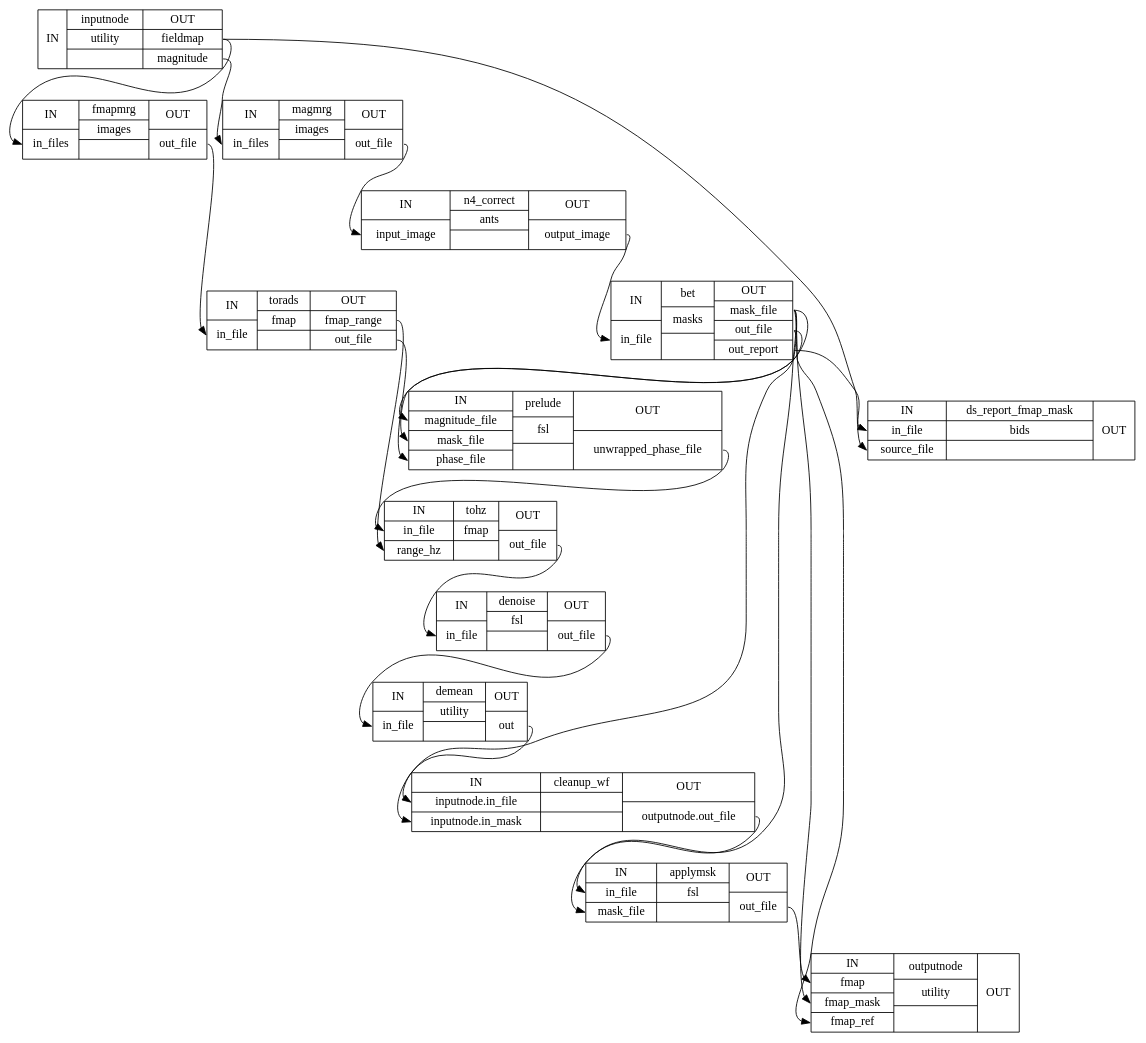
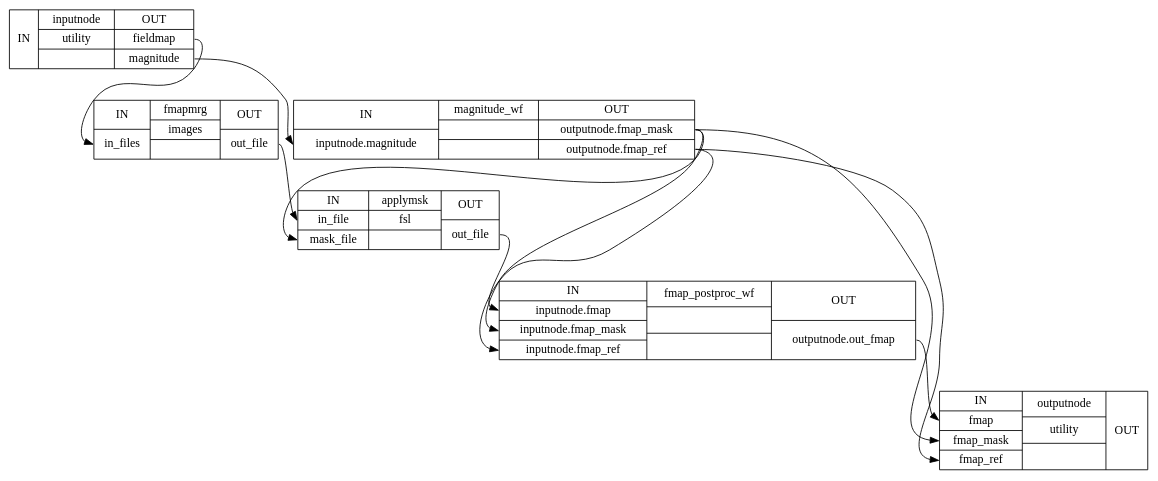
The diagram in wf_directive/api/fmap_wf/sdcflows-workflows-fmap-1_detailed.dot (wayne009007/sdcflows), drawn with Graphviz before and after one commit. The commit also changed 259 other files, not shown here.

```diff
--- a/wf_directive/api/fmap_wf/sdcflows-workflows-fmap-1_detailed.dot
+++ b/wf_directive/api/fmap_wf/sdcflows-workflows-fmap-1_detailed.dot
@@ -1,38 +1,19 @@
 digraph structs {
 node [shape=record];
 fmap_wfinputnode [label="{IN}|{ inputnode | utility |  }|{OUT|<outfieldmap> fieldmap|<outmagnitude> magnitude}"];
 fmap_wffmapmrg [label="{IN|<ininfiles> in_files}|{ fmapmrg | images |  }|{OUT|<outoutfile> out_file}"];
-fmap_wftorads [label="{IN|<ininfile> in_file}|{ torads | fmap |  }|{OUT|<outfmaprange> fmap_range|<outoutfile> out_file}"];
-fmap_wfmagmrg [label="{IN|<ininfiles> in_files}|{ magmrg | images |  }|{OUT|<outoutfile> out_file}"];
-fmap_wfn4_correct [label="{IN|<ininputimage> input_image}|{ n4_correct | ants |  }|{OUT|<outoutputimage> output_image}"];
-fmap_wfbet [label="{IN|<ininfile> in_file}|{ bet | masks |  }|{OUT|<outmaskfile> mask_file|<outoutfile> out_file|<outoutreport> out_report}"];
-fmap_wfprelude [label="{IN|<inmagnitudefile> magnitude_file|<inmaskfile> mask_file|<inphasefile> phase_file}|{ prelude | fsl |  }|{OUT|<outunwrappedphasefile> unwrapped_phase_file}"];
-fmap_wftohz [label="{IN|<ininfile> in_file|<inrangehz> range_hz}|{ tohz | fmap |  }|{OUT|<outoutfile> out_file}"];
-fmap_wfdenoise [label="{IN|<ininfile> in_file}|{ denoise | fsl |  }|{OUT|<outoutfile> out_file}"];
-fmap_wfdemean [label="{IN|<ininfile> in_file}|{ demean | utility |  }|{OUT|<outout> out}"];
-fmap_wfcleanup_wf [label="{IN|<ininputnodeinfile> inputnode.in_file|<ininputnodeinmask> inputnode.in_mask}|{ cleanup_wf |  |  }|{OUT|<outoutputnodeoutfile> outputnode.out_file}"];
+fmap_wfmagnitude_wf [label="{IN|<ininputnodemagnitude> inputnode.magnitude}|{ magnitude_wf |  |  }|{OUT|<outoutputnodefmapmask> outputnode.fmap_mask|<outoutputnodefmapref> outputnode.fmap_ref}"];
 fmap_wfapplymsk [label="{IN|<ininfile> in_file|<inmaskfile> mask_file}|{ applymsk | fsl |  }|{OUT|<outoutfile> out_file}"];
+fmap_wffmap_postproc_wf [label="{IN|<ininputnodefmap> inputnode.fmap|<ininputnodefmapmask> inputnode.fmap_mask|<ininputnodefmapref> inputnode.fmap_ref}|{ fmap_postproc_wf |  |  }|{OUT|<outoutputnodeoutfmap> outputnode.out_fmap}"];
 fmap_wfoutputnode [label="{IN|<infmap> fmap|<infmapmask> fmap_mask|<infmapref> fmap_ref}|{ outputnode | utility |  }|{OUT}"];
-fmap_wfds_report_fmap_mask [label="{IN|<ininfile> in_file|<insourcefile> source_file}|{ ds_report_fmap_mask | bids |  }|{OUT}"];
-fmap_wfapplymsk:outoutfile:e -> fmap_wfoutputnode:infmap:w;
-fmap_wfbet:outmaskfile:e -> fmap_wfapplymsk:inmaskfile:w;
-fmap_wfbet:outmaskfile:e -> fmap_wfcleanup_wf:ininputnodeinmask:w;
-fmap_wfbet:outmaskfile:e -> fmap_wfoutputnode:infmapmask:w;
-fmap_wfbet:outmaskfile:e -> fmap_wfprelude:inmaskfile:w;
-fmap_wfbet:outoutfile:e -> fmap_wfoutputnode:infmapref:w;
-fmap_wfbet:outoutfile:e -> fmap_wfprelude:inmagnitudefile:w;
-fmap_wfbet:outoutreport:e -> fmap_wfds_report_fmap_mask:ininfile:w;
-fmap_wfcleanup_wf:outoutputnodeoutfile:e -> fmap_wfapplymsk:ininfile:w;
-fmap_wfdemean:outout:e -> fmap_wfcleanup_wf:ininputnodeinfile:w;
-fmap_wfdenoise:outoutfile:e -> fmap_wfdemean:ininfile:w;
-fmap_wffmapmrg:outoutfile:e -> fmap_wftorads:ininfile:w;
-fmap_wfinputnode:outfieldmap:e -> fmap_wfds_report_fmap_mask:insourcefile:w;
+fmap_wfapplymsk:outoutfile:e -> fmap_wffmap_postproc_wf:ininputnodefmap:w;
+fmap_wffmap_postproc_wf:outoutputnodeoutfmap:e -> fmap_wfoutputnode:infmap:w;
+fmap_wffmapmrg:outoutfile:e -> fmap_wfapplymsk:ininfile:w;
 fmap_wfinputnode:outfieldmap:e -> fmap_wffmapmrg:ininfiles:w;
-fmap_wfinputnode:outmagnitude:e -> fmap_wfmagmrg:ininfiles:w;
-fmap_wfmagmrg:outoutfile:e -> fmap_wfn4_correct:ininputimage:w;
-fmap_wfn4_correct:outoutputimage:e -> fmap_wfbet:ininfile:w;
-fmap_wfprelude:outunwrappedphasefile:e -> fmap_wftohz:ininfile:w;
-fmap_wftohz:outoutfile:e -> fmap_wfdenoise:ininfile:w;
-fmap_wftorads:outfmaprange:e -> fmap_wftohz:inrangehz:w;
-fmap_wftorads:outoutfile:e -> fmap_wfprelude:inphasefile:w;
+fmap_wfinputnode:outmagnitude:e -> fmap_wfmagnitude_wf:ininputnodemagnitude:w;
+fmap_wfmagnitude_wf:outoutputnodefmapmask:e -> fmap_wfapplymsk:inmaskfile:w;
+fmap_wfmagnitude_wf:outoutputnodefmapmask:e -> fmap_wffmap_postproc_wf:ininputnodefmapmask:w;
+fmap_wfmagnitude_wf:outoutputnodefmapmask:e -> fmap_wfoutputnode:infmapmask:w;
+fmap_wfmagnitude_wf:outoutputnodefmapref:e -> fmap_wffmap_postproc_wf:ininputnodefmapref:w;
+fmap_wfmagnitude_wf:outoutputnodefmapref:e -> fmap_wfoutputnode:infmapref:w;
 }
```
